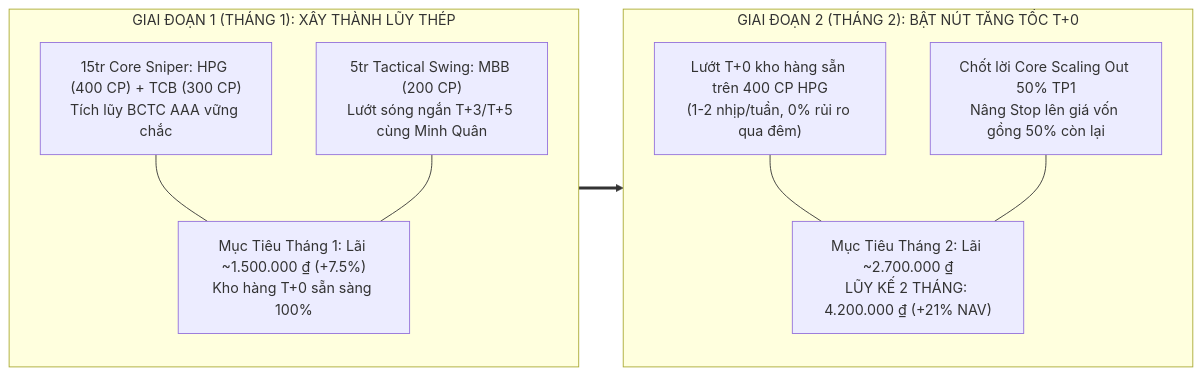
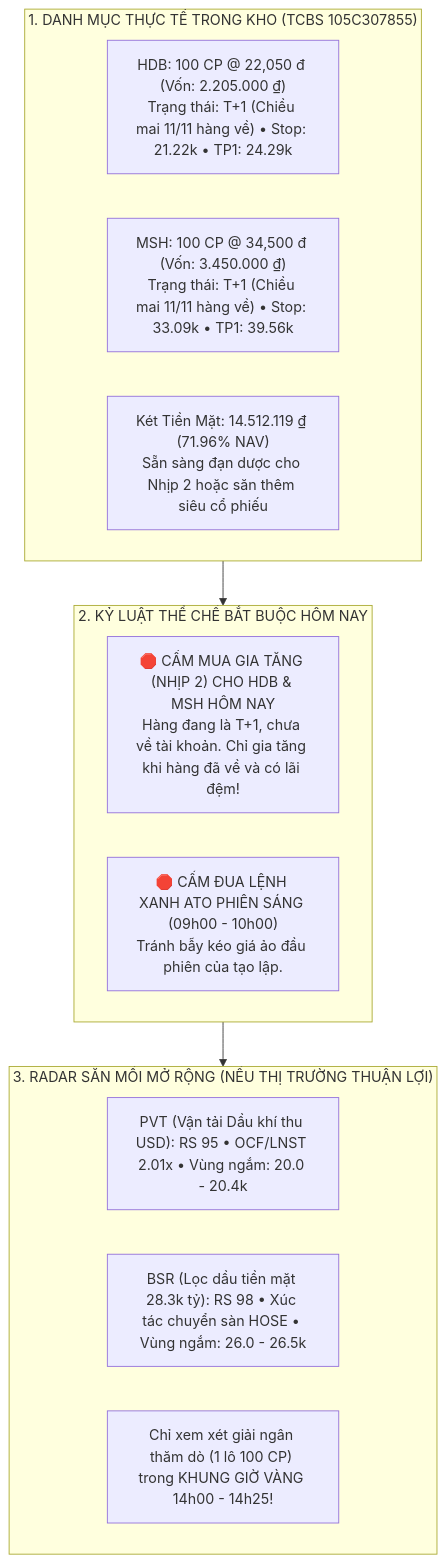
The first of 2 diagrams in 08_Master_Investment_CIO/2026-11-10_Master_CIO_Final_Decision.md (Thienphuoctran/apex-hedge-fund), drawn with Mermaid before and after one commit. The commit also changed other lines of this file and 44 other files, not shown here.

````diff
--- a/08_Master_Investment_CIO/2026-11-10_Master_CIO_Final_Decision.md
+++ b/08_Master_Investment_CIO/2026-11-10_Master_CIO_Final_Decision.md
@@ -34,20 +17,22 @@
 ```mermaid
-graph LR
-    subgraph Phase1["GIAI ĐOẠN 1 (THÁNG 1): XÂY THÀNH LŨY THÉP"]
-        P1_Core["15tr Core Sniper: HPG (400 CP) + TCB (300 CP)<br/>Tích lũy BCTC AAA vững chắc"]
-        P1_Swing["5tr Tactical Swing: MBB (200 CP)<br/>Lướt sóng ngắn T+3/T+5 cùng Minh Quân"]
-        P1_Target["Mục Tiêu Tháng 1: Lãi ~1.500.000 ₫ (+7.5%)<br/>Kho hàng T+0 sẵn sàng 100%"]
-        P1_Core --- P1_Target
-        P1_Swing --- P1_Target
-    end
-    
-    subgraph Phase2["GIAI ĐOẠN 2 (THÁNG 2): BẬT NÚT TĂNG TỐC T+0"]
-        P2_T0["Lướt T+0 kho hàng sẵn trên 400 CP HPG<br/>(1-2 nhịp/tuần, 0% rủi ro qua đêm)"]
-        P2_Scale["Chốt lời Core Scaling Out 50% TP1<br/>Nâng Stop lên giá vốn gồng 50% còn lại"]
-        P2_Target["Mục Tiêu Tháng 2: Lãi ~2.700.000 ₫<br/>LŨY KẾ 2 THÁNG: 4.200.000 ₫ (+21% NAV)"]
-        P2_T0 --- P2_Target
-        P2_Scale --- P2_Target
+graph TD
+    subgraph Portfolio["1. DANH MỤC THỰC TẾ TRONG KHO (TCBS 105C307855)"]
+        HDB_Pos["HDB: 100 CP @ 22,050 đ (Vốn: 2.205.000 ₫)<br/>Trạng thái: T+1 (Chiều mai 11/11 hàng về) • Stop: 21.22k • TP1: 24.29k"]
+        MSH_Pos["MSH: 100 CP @ 34,500 đ (Vốn: 3.450.000 ₫)<br/>Trạng thái: T+1 (Chiều mai 11/11 hàng về) • Stop: 33.09k • TP1: 39.56k"]
+        Cash_Pos["Két Tiền Mặt: 14.512.119 ₫ (71.96% NAV)<br/>Sẵn sàng đạn dược cho Nhịp 2 hoặc săn thêm siêu cổ phiếu"]
     end
 
-    Phase1 ==> Phase2
+    subgraph Discipline["2. KỶ LUẬT THỂ CHẾ BẮT BUỘC HÔM NAY"]
+        D1["🛑 CẤM MUA GIA TĂNG (NHỊP 2) CHO HDB & MSH HÔM NAY<br/>Hàng đang là T+1, chưa về tài khoản. Chỉ gia tăng khi hàng đã về và có lãi đệm!"]
+        D2["🛑 CẤM ĐUA LỆNH XANH ATO PHIÊN SÁNG (09h00 - 10h00)<br/>Tránh bẫy kéo giá ảo đầu phiên của tạo lập."]
+    end
+
+    subgraph Radar["3. RADAR SĂN MỒI MỞ RỘNG (NẾU THỊ TRƯỜNG THUẬN LỢI)"]
+        R1["PVT (Vận tải Dầu khí thu USD): RS 95 • OCF/LNST 2.01x • Vùng ngắm: 20.0 - 20.4k"]
+        R2["BSR (Lọc dầu tiền mặt 28.3k tỷ): RS 98 • Xúc tác chuyển sàn HOSE • Vùng ngắm: 26.0 - 26.5k"]
+        R_Action["Chỉ xem xét giải ngân thăm dò (1 lô 100 CP) trong KHUNG GIỜ VÀNG 14h00 - 14h25!"]
+    end
+
+    Portfolio --> Discipline
+    Discipline --> Radar
 ```
````
